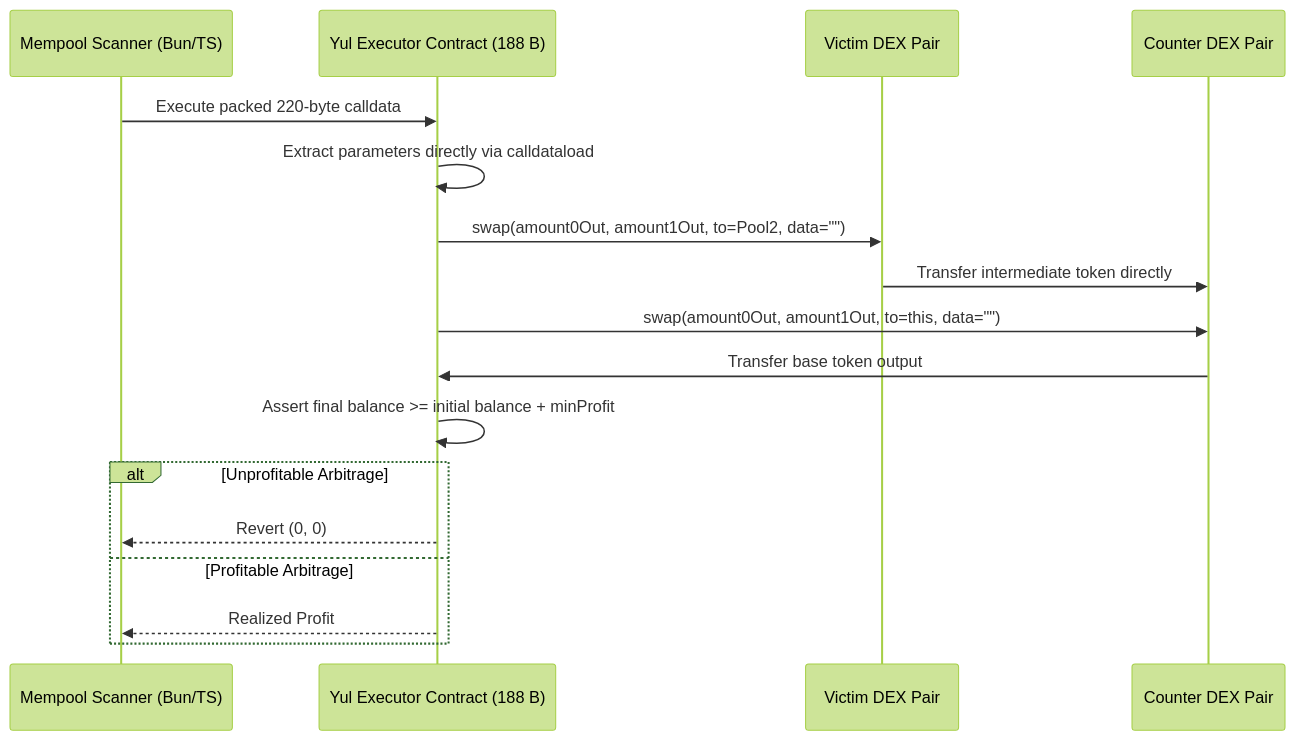
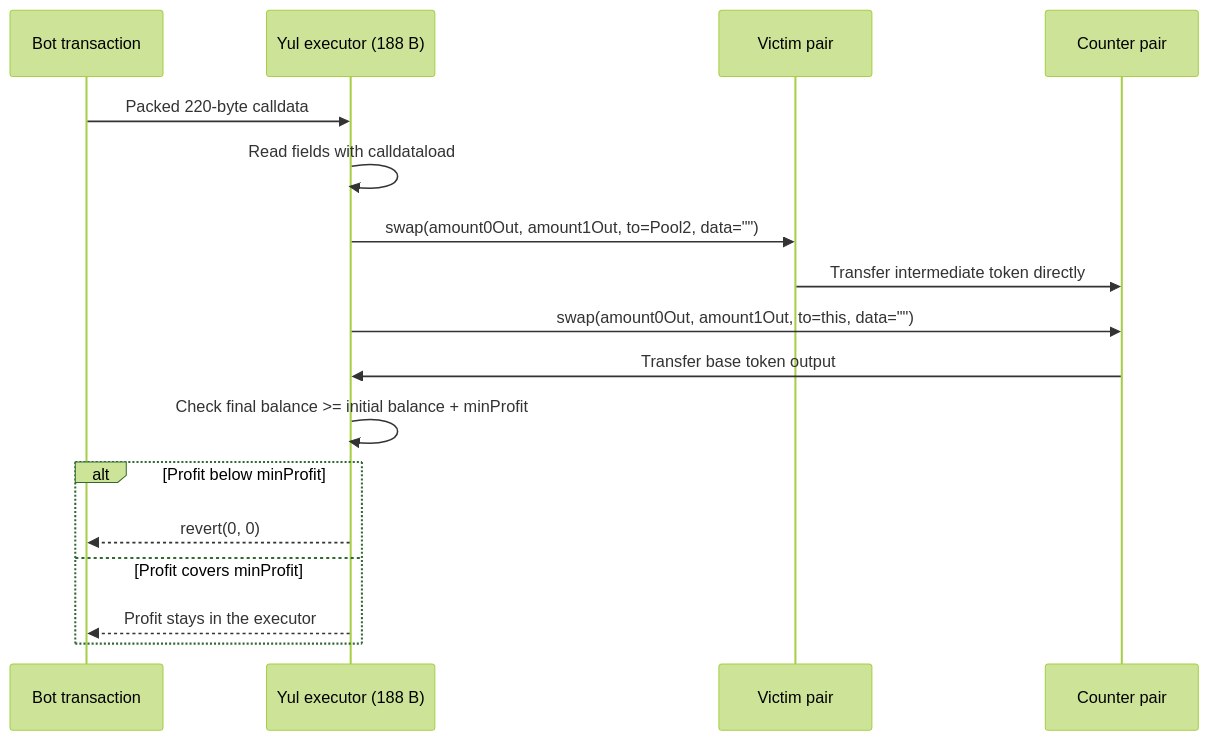
The diagram in docs/MEV_ENGINEERING.md (Builder106/quarry), drawn with Mermaid (forest theme) before and after one commit. The commit also changed 1 other file, not shown here.

Commit message:
docs(mev): relabel the executor sequence
The sequence named the mempool scanner as the caller, but the scanner
only logs opportunities. The caller is now the bot's transaction, and
the outcome labels match the README figure.

````diff
--- a/docs/MEV_ENGINEERING.md
+++ b/docs/MEV_ENGINEERING.md
@@ -19,20 +19,20 @@
 ```mermaid
 sequenceDiagram
-    participant Mempool as Mempool Scanner (Bun/TS)
-    participant Yul as Yul Executor Contract (188 B)
-    participant Pool1 as Victim DEX Pair
-    participant Pool2 as Counter DEX Pair
+    participant Mempool as Bot transaction
+    participant Yul as Yul executor (188 B)
+    participant Pool1 as Victim pair
+    participant Pool2 as Counter pair
 
-    Mempool->>Yul: Execute packed 220-byte calldata
-    Yul->>Yul: Extract parameters directly via calldataload
+    Mempool->>Yul: Packed 220-byte calldata
+    Yul->>Yul: Read fields with calldataload
     Yul->>Pool1: swap(amount0Out, amount1Out, to=Pool2, data="")
     Pool1->>Pool2: Transfer intermediate token directly
     Yul->>Pool2: swap(amount0Out, amount1Out, to=this, data="")
     Pool2->>Yul: Transfer base token output
-    Yul->>Yul: Assert final balance >= initial balance + minProfit
-    alt Unprofitable Arbitrage
-        Yul-->>Mempool: Revert (0, 0)
-    else Profitable Arbitrage
-        Yul-->>Mempool: Realized Profit
+    Yul->>Yul: Check final balance >= initial balance + minProfit
+    alt Profit below minProfit
+        Yul-->>Mempool: revert(0, 0)
+    else Profit covers minProfit
+        Yul-->>Mempool: Profit stays in the executor
     end
 ```
````
